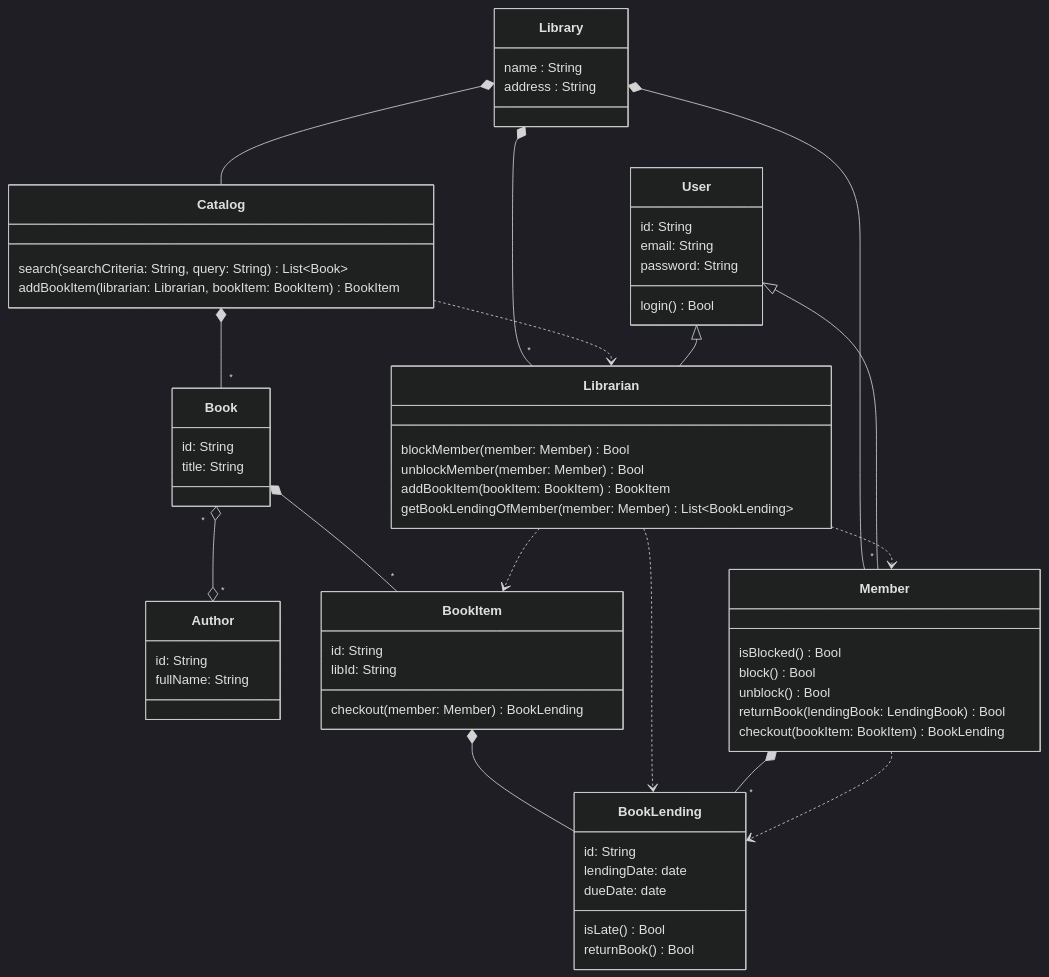
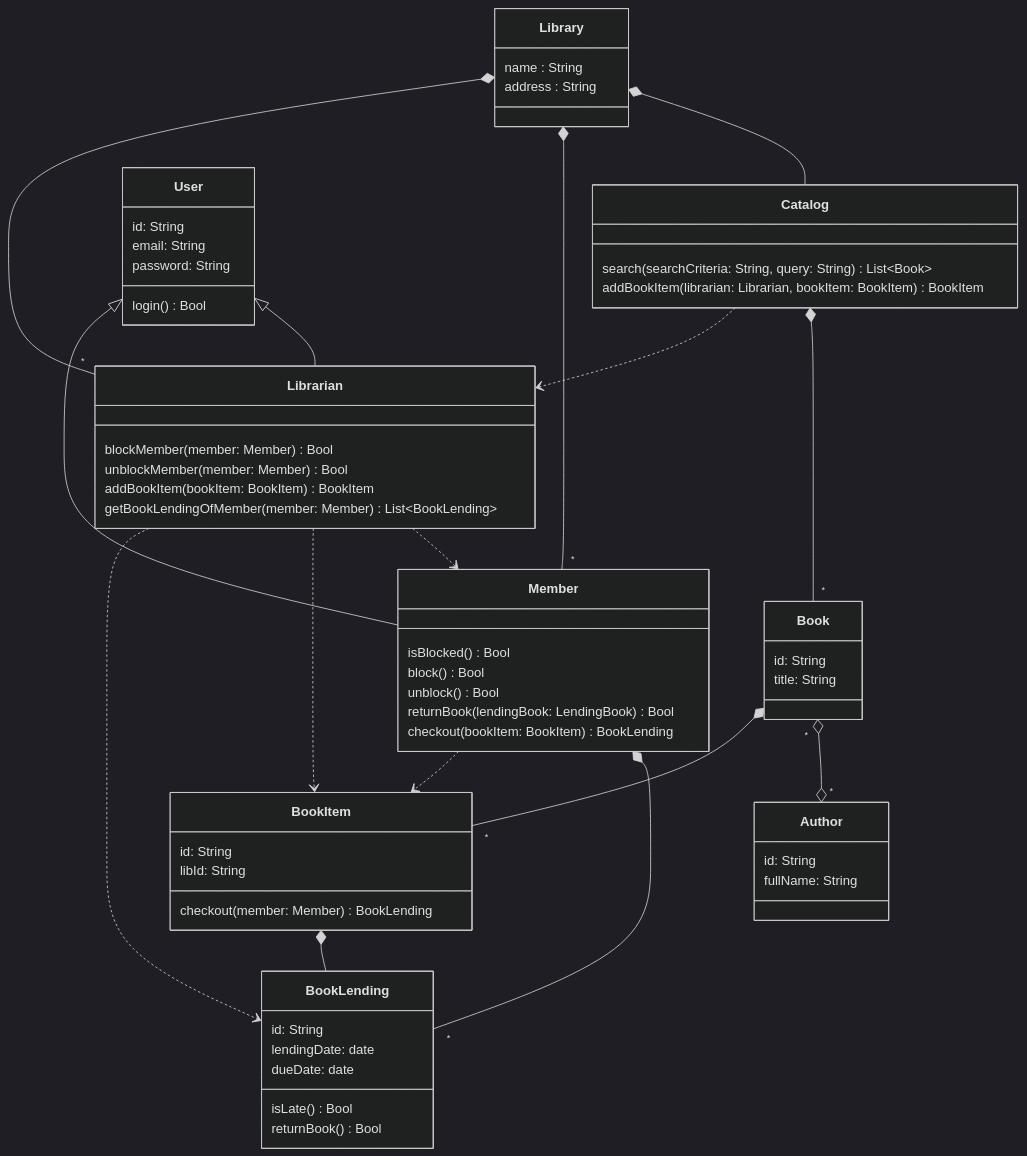
Before and after one commit to PatrickGIRY/Data-Oriented-Programming: the first of 7 diagrams in chapter_1/README.md, drawn with Mermaid (dark theme).

Commit message:
Fix class diagram of the main classes of the library management system

````diff
--- a/chapter_1/README.md
+++ b/chapter_1/README.md
@@ -32,79 +32,79 @@
 ```mermaid
 ---
   config:
     class:
       hideEmptyMembersBox: true
 ---
 classDiagram
 class Library {
     name : String
     address : String
 }
 
 class Catalog {
     search(searchCriteria: String, query: String) List~Book~
     addBookItem(librarian: Librarian, bookItem: BookItem) BookItem
 }
 
 class Book {
     id: String
     title: String
 }
 
 class Author {
     id: String
     fullName: String
 }
 
 class BookItem {
     id: String
     libId: String
     checkout(member: Member) BookLending
 }
 
 class BookLending {
     id: String
     lendingDate: date
     dueDate: date
     isLate() Bool
     returnBook() Bool
 }
 
 class User {
     id: String
     email: String
     password: String
     login() Bool
 }
 
 class Librarian {
     blockMember(member: Member) Bool
     unblockMember(member: Member) Bool
     addBookItem(bookItem: BookItem) BookItem
     getBookLendingOfMember(member: Member) List~BookLending~
 }
 
 class Member {
     isBlocked() Bool
     block() Bool
     unblock() Bool
     returnBook(lendingBook: LendingBook) Bool
     checkout(bookItem: BookItem) BookLending
 }
 
 Library *-- Catalog
 Library *-- "*" Member
 Library *-- "*" Librarian
 Catalog *-- "*" Book
 Catalog ..> Librarian
 Book "*" o--o "*" Author
 Book *-- "*" BookItem
 BookItem *-- BookLending
 User <|-- Librarian
 User <|-- Member
 Librarian ..> Member
 Librarian ..> BookItem
 Librarian ..> BookLending
 Member *-- "*" BookLending
-Member ..> BookLending
+Member ..> BookItem
 ```
````
